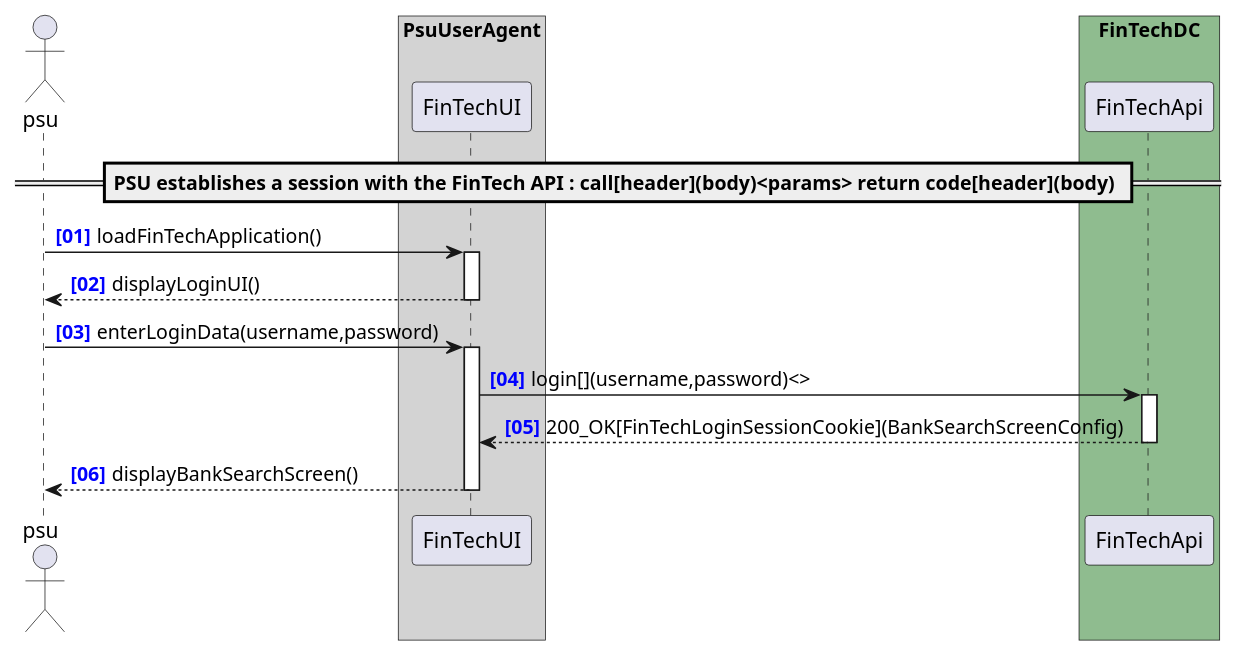
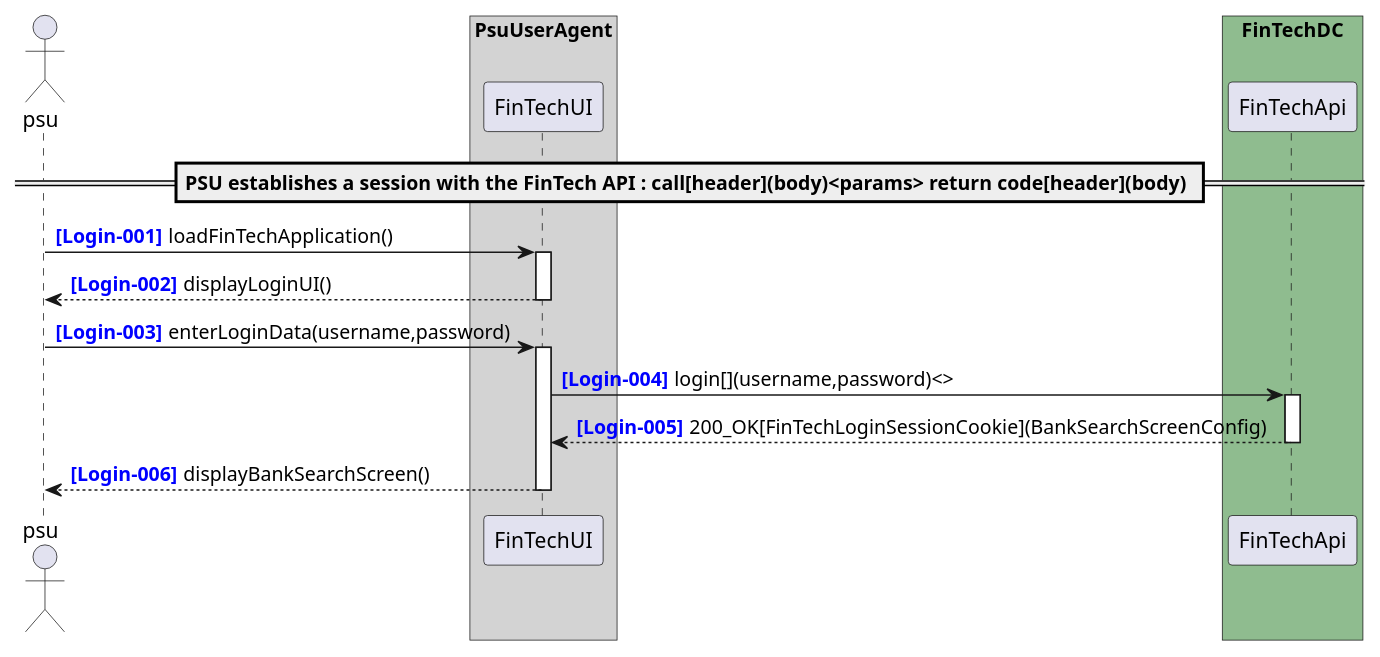
Before and after one commit to adorsys/open-banking-gateway: the diagram in docs/architecture/diagrams/useCases/1-loginWithFinTech.puml, drawn with PlantUML. The commit also changed 15 other files, not shown here.

```diff
--- a/docs/architecture/diagrams/useCases/1-loginWithFinTech.puml
+++ b/docs/architecture/diagrams/useCases/1-loginWithFinTech.puml
@@ -1,35 +1,35 @@
 @startuml
 
-autonumber "<b><color blue>[00]"
+autonumber "<b><color blue>[Login-000]</color></b>"
 actor psu
 
 box "PsuUserAgent" #LightGray
     participant "FinTechUI" as FinTechUI
     'participant "ConsentAuthorisationUI" as ConsentAuthorisationUI
     'participant "OnlineBankingUI" as OnlineBankingUI
 end box
 box "FinTechDC" #DarkSeaGreen
     participant "FinTechApi" as FinTechApi
 end box
 box "TppDC" #LightGray
     'participant "TppBankingApi" as TppBankingApi
     'participant "TppBankSearchApi" as TppBankSearchApi
     'participant "ConsentAuthorisationApi" as ConsentAuthorisationApi
 
     'participant "RedirectSessionStoreApi" as RedirectSessionStoreApi
     'participant "BankingProtocolSelector" as BankingProtocolSelector
     'participant "BankingProtocol" as BankingProtocol
 end box
 box "AspspDC" #LightSkyBlue
 	'participant "AspspBankingApi" as AspspBankingApi
     'participant "OnlineBankingApi" as OnlineBankingApi
 end box
 
 == PSU establishes a session with the FinTech API : call[header](body)<params> return code[header](body) ==
 psu -> FinTechUI ++ : loadFinTechApplication()
 return displayLoginUI()
 psu -> FinTechUI ++ : enterLoginData(username,password)
 FinTechUI -> FinTechApi ++ : login[](username,password)<>
 return 200_OK[FinTechLoginSessionCookie](BankSearchScreenConfig)
 return displayBankSearchScreen()
 @enduml
```
